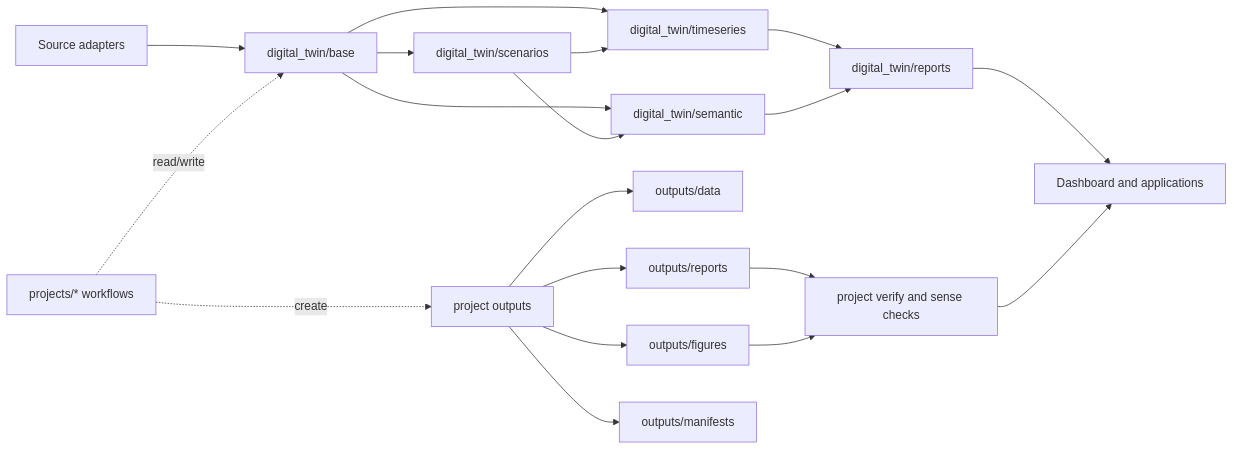
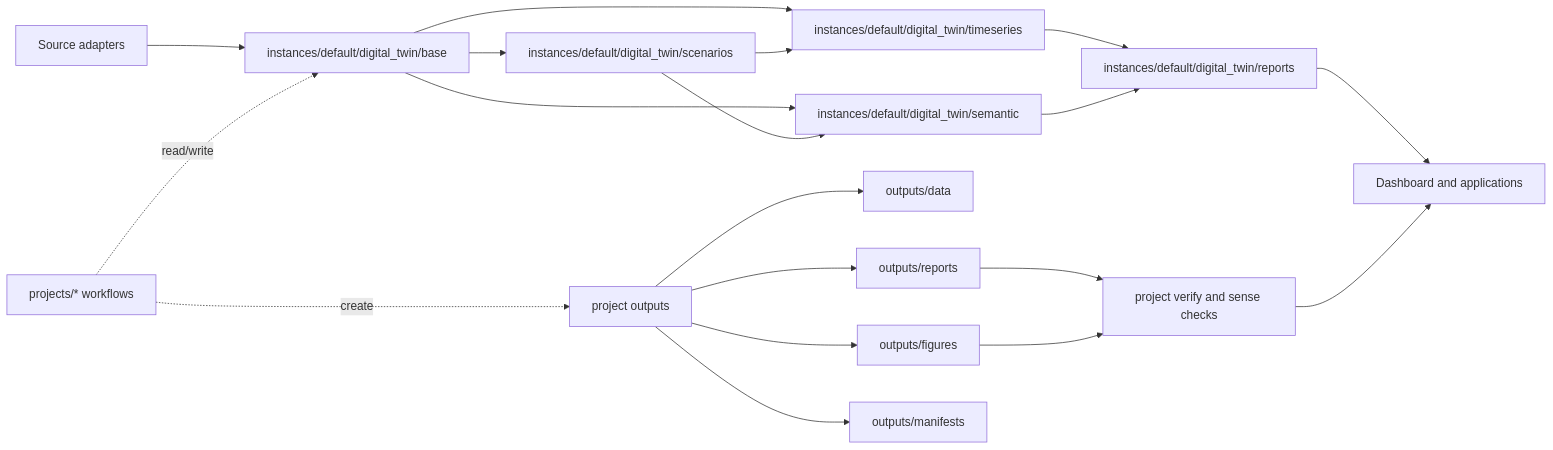
Before and after one commit to lirei-lab/gridalyn: the second of 2 diagrams in docs/platform/architecture.md, drawn with Mermaid. The commit also changed other lines of this file and 97 other files, not shown here.

Commit message:
chore: unify digital twin instance path

````diff
--- a/docs/platform/architecture.md
+++ b/docs/platform/architecture.md
@@ -36,22 +36,22 @@
 ```mermaid
 flowchart LR
-  A[Source adapters] --> B[digital_twin/base]
-  B --> C[digital_twin/scenarios]
-  B --> T[digital_twin/timeseries]
-  B --> S[digital_twin/semantic]
+  A[Source adapters] --> B[instances/default/digital_twin/base]
+  B --> C[instances/default/digital_twin/scenarios]
+  B --> T[instances/default/digital_twin/timeseries]
+  B --> S[instances/default/digital_twin/semantic]
   C --> T
   C --> S
-  T --> R[digital_twin/reports]
+  T --> R[instances/default/digital_twin/reports]
   S --> R
 
   P[projects/* workflows] -. read/write .-> B
   P -. create .-> O[project outputs]
   O --> OD[outputs/data]
   O --> OR[outputs/reports]
   O --> OF[outputs/figures]
   O --> OM[outputs/manifests]
   OR --> V[project verify and sense checks]
   OF --> V
   R --> L[Dashboard and applications]
   V --> L
 ```
````
